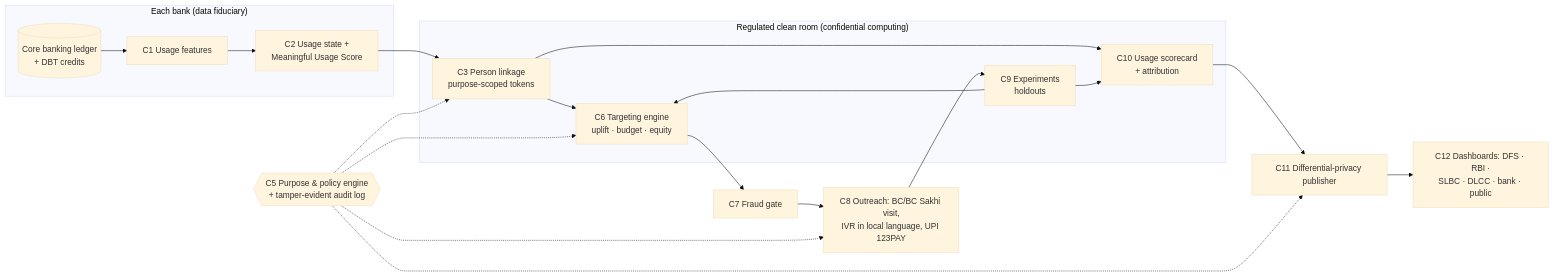
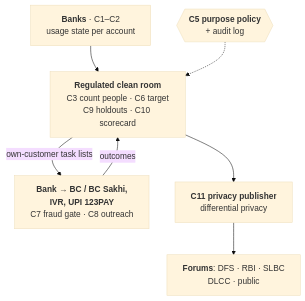
The diagram in india71-t3-finance/deliverables/round1-proposal.md (imdigitalashish/techfest-2026), drawn with Mermaid (base theme) before and after one commit. The commit also changed other lines of this file and 6 other files, not shown here.

Commit message:
india71-t3-finance: proposal v0.2 (5 pages at Arial 11 pt, legible diagram), draft PDF and renderer; verified rails (UPI 123PAY, AA, MuleHunter); fix state-range error

````diff
--- a/india71-t3-finance/deliverables/round1-proposal.md
+++ b/india71-t3-finance/deliverables/round1-proposal.md
@@ -50,17 +48,9 @@
 ```mermaid
-flowchart LR
-  subgraph B["Each bank (data fiduciary)"]
-    CBS[(Core banking ledger<br/>+ DBT credits)] --> F[C1 Usage features] --> S[C2 Usage state +<br/>Meaningful Usage Score]
-  end
-  subgraph R["Regulated clean room (confidential computing)"]
-    L[C3 Person linkage<br/>purpose-scoped tokens]
-    T[C6 Targeting engine<br/>uplift · budget · equity]
-    E[C9 Experiments<br/>holdouts]
-    A[C10 Usage scorecard<br/>+ attribution]
-  end
-  S --> L --> T --> G[C7 Fraud gate] --> O[C8 Outreach: BC/BC Sakhi visit,<br/>IVR in local language, UPI 123PAY]
-  O --> E --> T
-  L --> A
-  E --> A --> P[C11 Differential-privacy publisher] --> D[C12 Dashboards: DFS · RBI ·<br/>SLBC · DLCC · bank · public]
-  PE{{C5 Purpose & policy engine<br/>+ tamper-evident audit log}} -.-> L & T & O & P
+flowchart TB
+  A["<b>Banks</b> · C1–C2<br/>usage state per account"] --> B["<b>Regulated clean room</b><br/>C3 count people · C6 target<br/>C9 holdouts · C10 scorecard"]
+  B -- "own-customer task lists" --> C["<b>Bank → BC / BC Sakhi,</b><br/><b>IVR, UPI 123PAY</b><br/>C7 fraud gate · C8 outreach"]
+  C -- "outcomes" --> B
+  B --> D["<b>C11 privacy publisher</b><br/>differential privacy"]
+  D --> E["<b>Forums</b>: DFS · RBI · SLBC<br/>DLCC · public"]
+  P{{"<b>C5 purpose policy</b><br/>+ audit log"}} -.-> B
 ```
````
